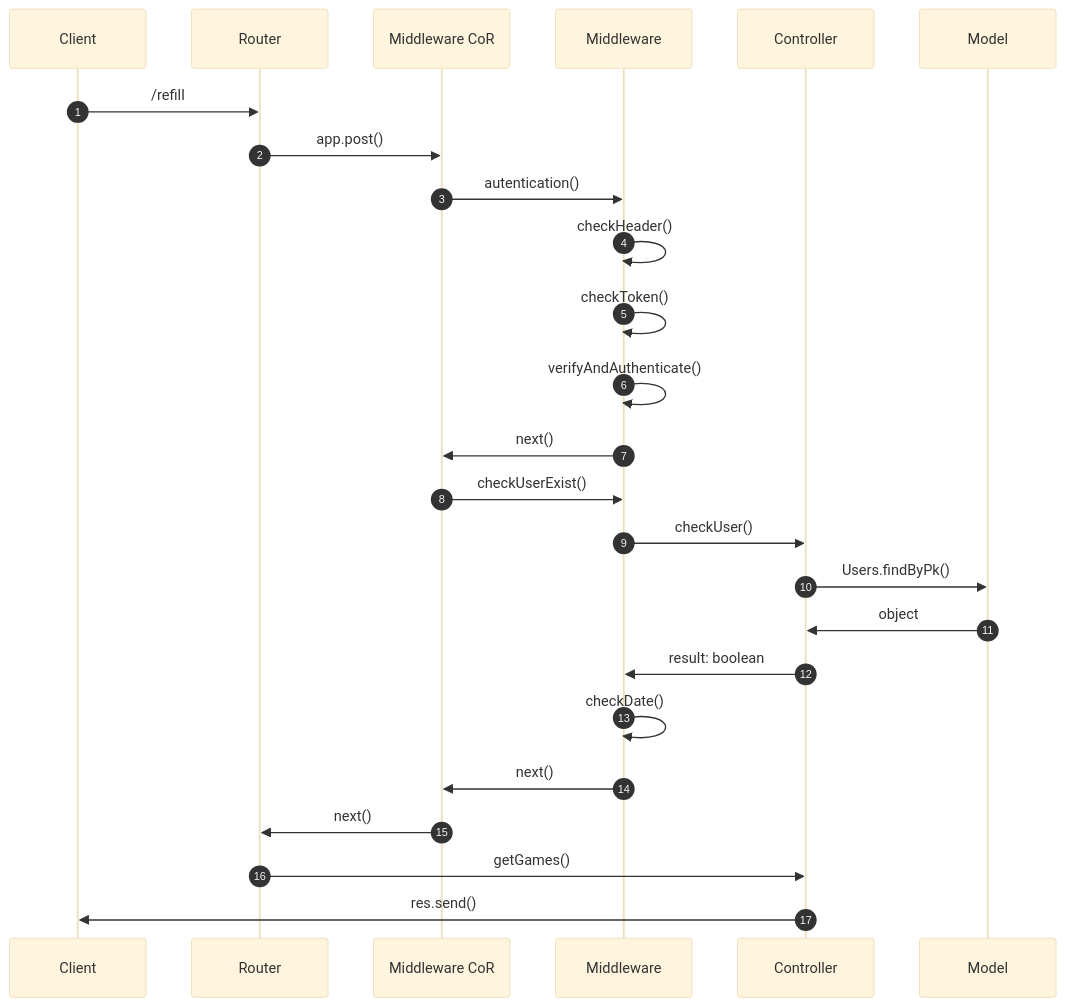
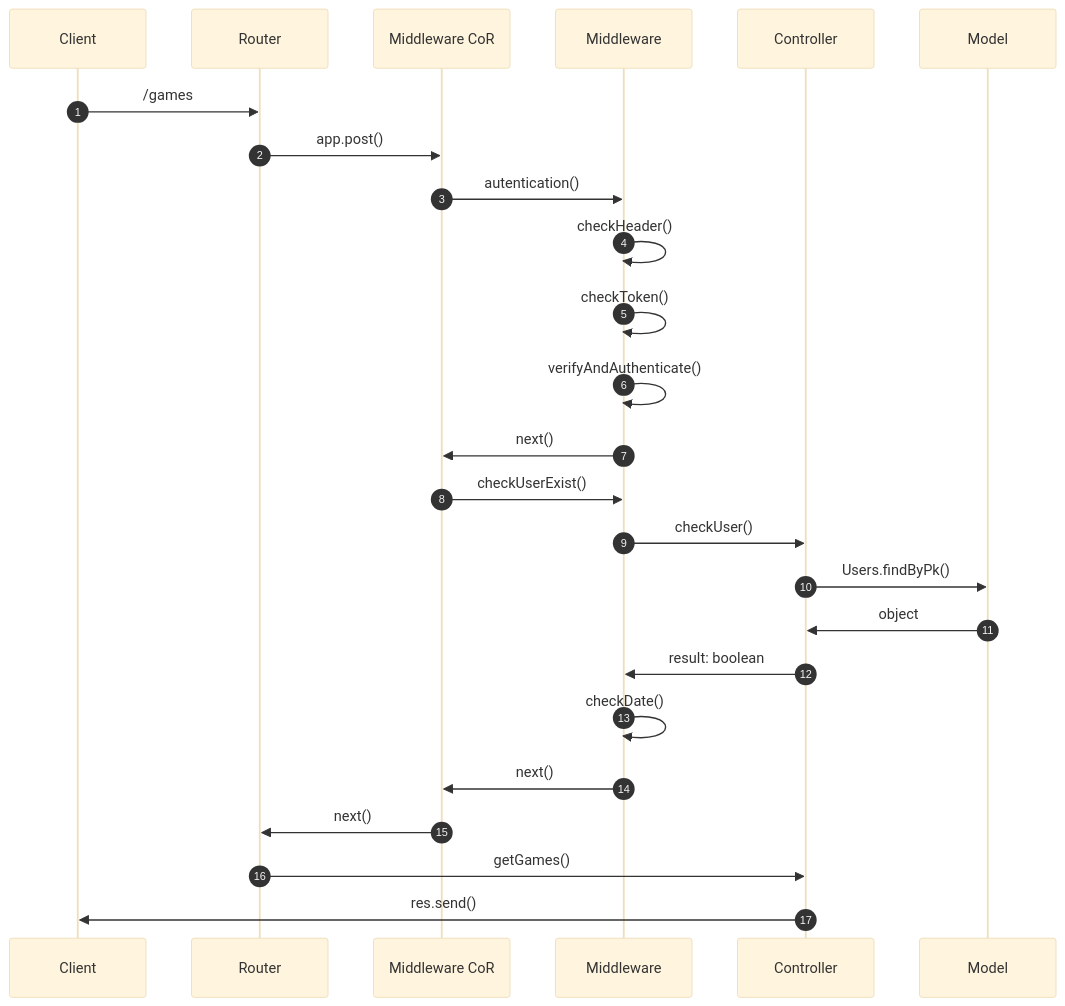
The sixth of 10 diagrams in README.md (mreddee/Progetto-Dama-PA), drawn with Mermaid (base theme) before and after one commit. The commit also changed other lines of this file, not shown here.

````diff
--- a/README.md
+++ b/README.md
@@ -336,21 +336,21 @@
 ```mermaid
 sequenceDiagram
 autonumber
-Client->>Router: /refill
+Client->>Router: /games
 Router->>Middleware CoR: app.post()
 Middleware CoR->>Middleware: autentication()
 Middleware->>Middleware: checkHeader()
 Middleware->>Middleware: checkToken()
 Middleware->>Middleware: verifyAndAuthenticate()
 Middleware->>Middleware CoR: next()
 Middleware CoR->>Middleware: checkUserExist()
 Middleware->>Controller: checkUser()
 Controller->>Model: Users.findByPk()
 Model->>Controller: object
 Controller->>Middleware: result: boolean
 Middleware->>Middleware: checkDate()
 Middleware->>Middleware CoR: next()
 Middleware CoR->>Router: next()
 Router->>Controller: getGames()
 Controller->>Client: res.send()
 ```
````
